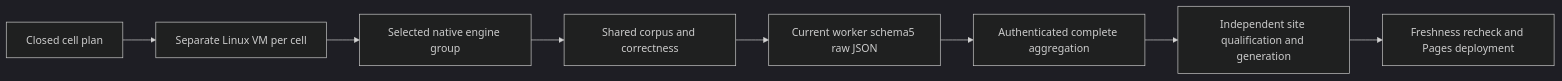
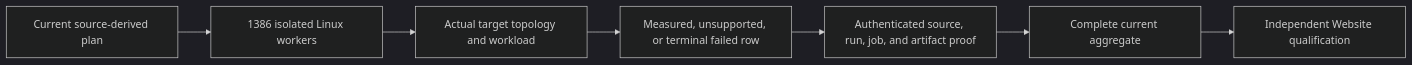
The diagram in docs/ADR/ADR-056-isolated-linux-comparison-cells.md (managedcode/KeyLoad), drawn with Mermaid (dark theme) before and after one commit. The commit also changed other lines of this file and 152 other files, not shown here.

````diff
--- a/docs/ADR/ADR-056-isolated-linux-comparison-cells.md
+++ b/docs/ADR/ADR-056-isolated-linux-comparison-cells.md
@@ -9,10 +11,9 @@
 ```mermaid
 flowchart LR
-    Plan[Closed cell plan] --> Linux[Separate Linux VM per cell]
-    Linux --> Native[Selected native engine group]
-    Native --> Oracle[Shared corpus and correctness]
-    Oracle --> Raw[Current worker schema5 raw JSON]
-    Raw --> Join[Authenticated complete aggregation]
-    Join --> Site[Independent site qualification and generation]
-    Site --> Pages[Freshness recheck and Pages deployment]
+    Plan[Current source-derived plan] --> Cells[1386 isolated Linux workers]
+    Cells --> Native[Actual target topology and workload]
+    Native --> Outcome[Measured, unsupported, or terminal failed row]
+    Outcome --> Proof[Authenticated source, run, job, and artifact proof]
+    Proof --> Aggregate[Complete current aggregate]
+    Aggregate --> Website[Independent Website qualification]
 ```
````
